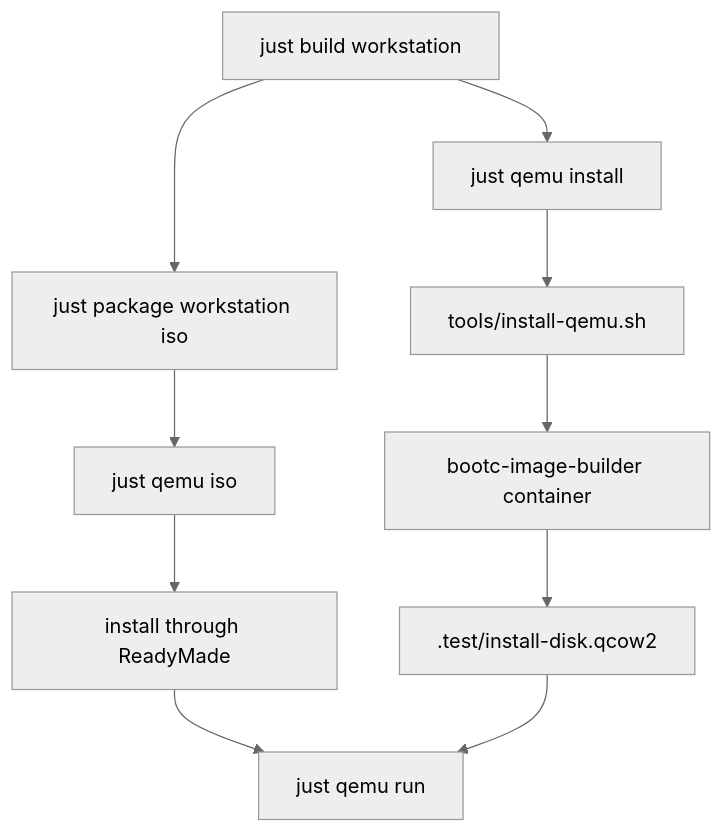
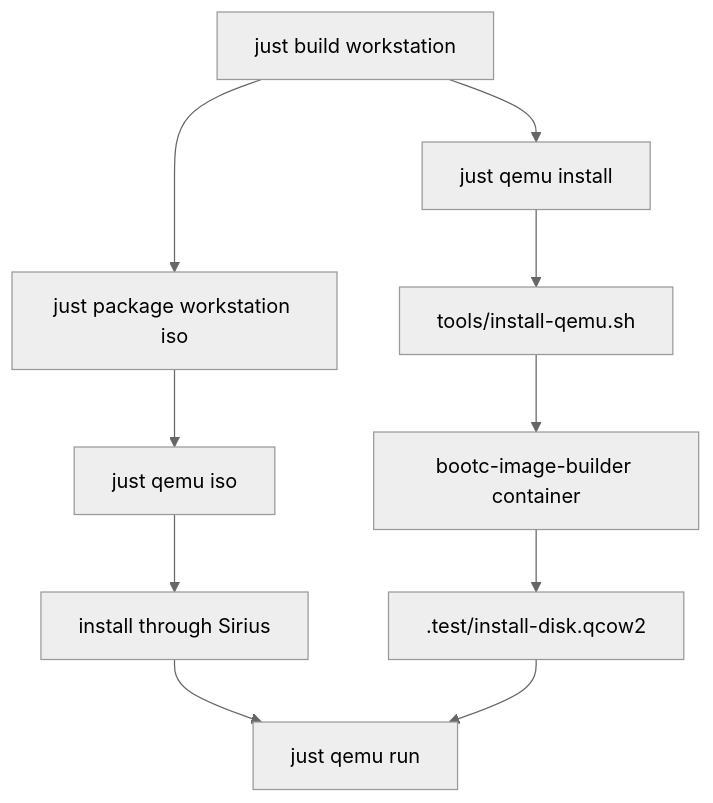
Diagram 12 of 14 in ARCHITECTURE.md (luminusOS/images), drawn with Mermaid (neutral theme) before and after one commit. The commit also changed other lines of this file and 48 other files, not shown here.

First line of the commit message:
feat!: migrate the live ISO installer from ReadyMade to Sirius

````diff
--- a/ARCHITECTURE.md
+++ b/ARCHITECTURE.md
@@ -594,16 +539,16 @@
 ```mermaid
 flowchart TD
     Build["just build workstation"]
     PackageISO["just package workstation iso"]
     QemuISO["just qemu iso"]
-    ManualInstall["install through ReadyMade"]
+    ManualInstall["install through Sirius"]
     QemuRun["just qemu run"]
 
     DirectInstall["just qemu install"]
     InstallScript["tools/install-qemu.sh"]
     BIB["bootc-image-builder container"]
     Disk[".test/install-disk.qcow2"]
 
     Build --> PackageISO --> QemuISO --> ManualInstall --> QemuRun
     Build --> DirectInstall --> InstallScript --> BIB --> Disk --> QemuRun
 ```
````
